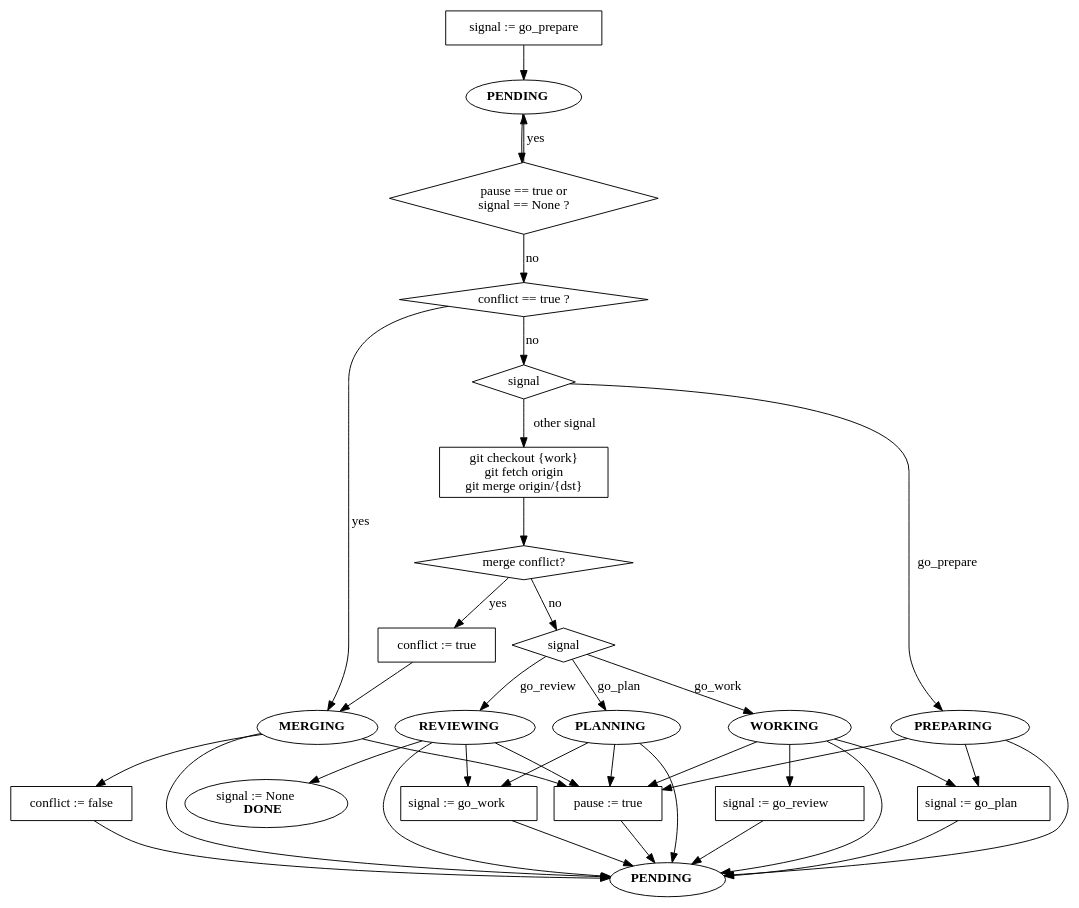
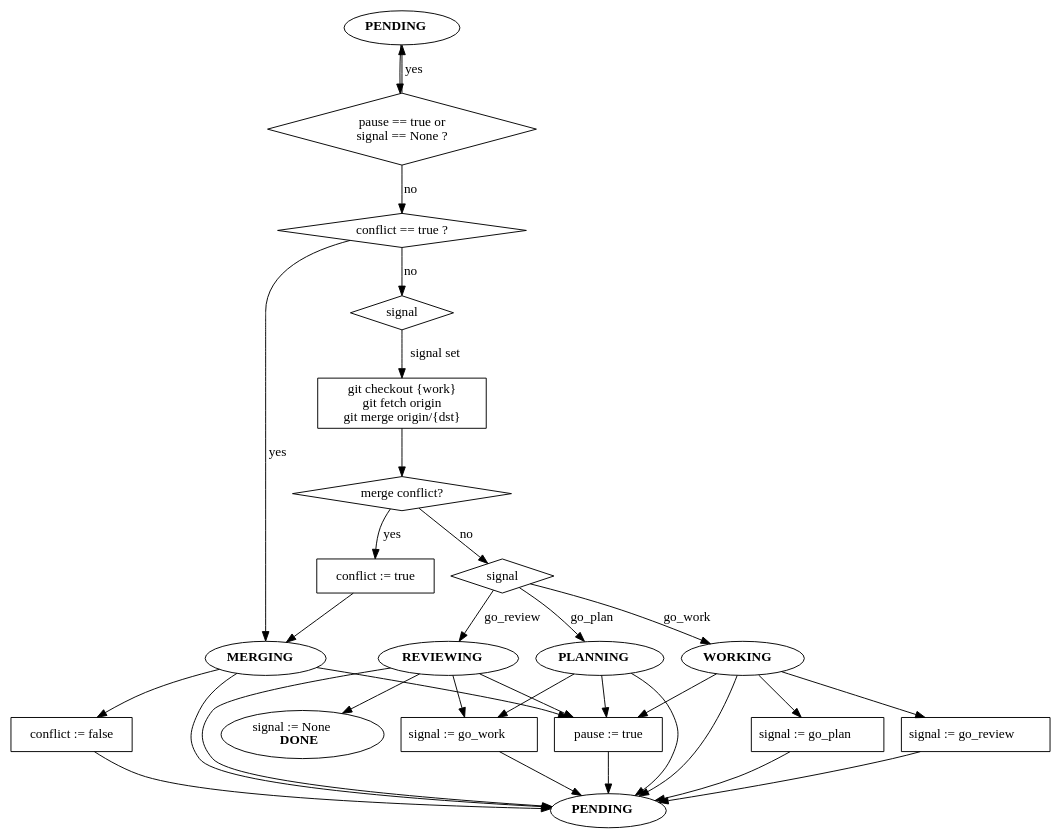
One commit to milyin/zbobr changed the diagram in docs/transitions.dot. Above: the diagram before and after it, drawn with Graphviz. The commit also changed 9 other files, not shown here.

```diff
--- a/docs/transitions.dot
+++ b/docs/transitions.dot
@@ -1,92 +1,81 @@
 // Graphviz .dot description of task state transitions for dispatcher
-// States: PENDING, PREPARING, PLANNING, WORKING, REVIEWING, MERGING, DONE
+// States: PENDING, PLANNING, WORKING, REVIEWING, MERGING, DONE
 // Transitions controlled by signal and flags
 
 digraph dispatcher_states {
     rankdir=UD;
 
-    { rank=min; GO_PREPARE; }
     { rank=same; PENDING; }
-    { rank=same; PREPARING; PLANNING; WORKING; REVIEWING; MERGING } 
-    { rank=same; GO_PLAN; GO_WORK; GO_REVIEW; CLEAR_CONFLICT_FLAG; SET_PAUSE_FLAG } 
+    { rank=same; PLANNING; WORKING; REVIEWING; MERGING }
+    { rank=same; GO_PLAN; GO_WORK; GO_REVIEW; CLEAR_CONFLICT_FLAG; SET_PAUSE_FLAG }
     { rank=max; PENDING2; }
 
     splines=true;
     node [shape=ellipse];
-    node [group=git]; CHECK_SIGNALS_SIMPLE; PULL; CHECK_MERGE_CONFLICT; 
+    node [group=git]; CHECK_SIGNALS_SIMPLE; PULL; CHECK_MERGE_CONFLICT;
 
-    GO_PREPARE [shape=box, label="signal := go_prepare"];
-   
     CHECK_PAUSE [shape=diamond, label="pause == true or\nsignal == None ?"];
     CHECK_CONFLICT_FLAG [shape=diamond, label="conflict == true ?"];
     CHECK_SIGNALS_SIMPLE [shape=diamond, label="signal"];
     PULL [shape=box, label="git checkout {work}\ngit fetch origin\ngit merge origin/{dst}"];
     CHECK_MERGE_CONFLICT [shape=diamond, label="merge conflict?"];
     CHECK_SIGNALS_REPO [shape=diamond, label="signal"];
     SET_CONFLICT_FLAG [shape=box, label="conflict := true"];
     CLEAR_CONFLICT_FLAG [shape=box, label="conflict := false"];
     // note: pause may also be set whenever the confirm flag is active and a
     // stage transition occurs.  This is enforced by the dispatcher rather than
     // being shown explicitly in the graph edges.
     SET_PAUSE_FLAG [shape=box, label="pause := true"];
 
     PENDING [ label = <<b>PENDING</b>>];
     PENDING2 [ label = <<b>PENDING</b>>];
-    PREPARING [ label = <<b>PREPARING</b>>];
     PLANNING [ label = <<b>PLANNING</b>>];
     WORKING [ label = <<b>WORKING</b>>];
     REVIEWING [ label = <<b>REVIEWING</b>>];
     MERGING [ label = <<b>MERGING</b>>];
     DONE [ label = <signal := None<br/><b>DONE</b>>];
 
-    GO_PREPARE [ shape = box; label = <signal := go_prepare> ];
     GO_PLAN[ shape = box; label = <signal := go_plan> ];
     GO_WORK[ shape = box; label = <signal := go_work> ];
     GO_REVIEW[ shape = box; label = <signal := go_review> ];
 
     // dispatcher evaluation flow
-    GO_PREPARE -> PENDING;
     PENDING -> CHECK_PAUSE;
     CHECK_PAUSE -> PENDING [label="yes"];
     CHECK_PAUSE -> CHECK_CONFLICT_FLAG [label="no"];
     CHECK_CONFLICT_FLAG -> MERGING [label="yes"];
     CHECK_CONFLICT_FLAG -> CHECK_SIGNALS_SIMPLE [label="no"];
-    CHECK_SIGNALS_SIMPLE -> PREPARING [label="go_prepare"];
-    CHECK_SIGNALS_SIMPLE -> PULL [label="other signal"];
+    CHECK_SIGNALS_SIMPLE -> PULL [label="signal set"];
     PULL -> CHECK_MERGE_CONFLICT;
     CHECK_MERGE_CONFLICT -> SET_CONFLICT_FLAG [label="yes"];
     SET_CONFLICT_FLAG -> MERGING;
     CHECK_MERGE_CONFLICT -> CHECK_SIGNALS_REPO [label="no"];
     CHECK_SIGNALS_REPO -> PLANNING  [label="go_plan"];
     CHECK_SIGNALS_REPO -> REVIEWING  [label="go_review"];
     CHECK_SIGNALS_REPO -> WORKING   [label="go_work"];
 
     // Session possible outcomes
-    PREPARING -> GO_PLAN
-    PREPARING -> SET_PAUSE_FLAG
-    PREPARING -> PENDING2
-
     PLANNING -> GO_WORK
     PLANNING -> SET_PAUSE_FLAG
     PLANNING -> PENDING2
 
     WORKING -> GO_REVIEW
     WORKING -> GO_PLAN
     WORKING -> SET_PAUSE_FLAG
     WORKING -> PENDING2
 
     REVIEWING -> GO_WORK
     REVIEWING -> SET_PAUSE_FLAG
     REVIEWING -> DONE
     REVIEWING -> PENDING2
 
     MERGING -> CLEAR_CONFLICT_FLAG
     MERGING -> SET_PAUSE_FLAG
     MERGING -> PENDING2
 
-    GO_PLAN -> PENDING2;
     SET_PAUSE_FLAG -> PENDING2;
     GO_WORK -> PENDING2;
     GO_REVIEW -> PENDING2;
+    GO_PLAN -> PENDING2;
     CLEAR_CONFLICT_FLAG -> PENDING2;
 }
```
